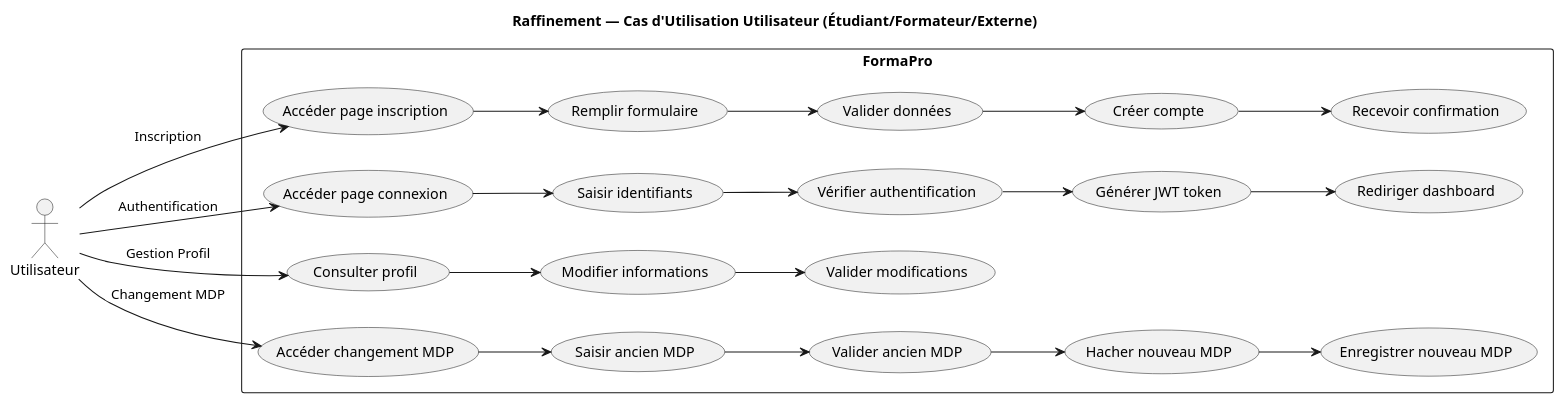
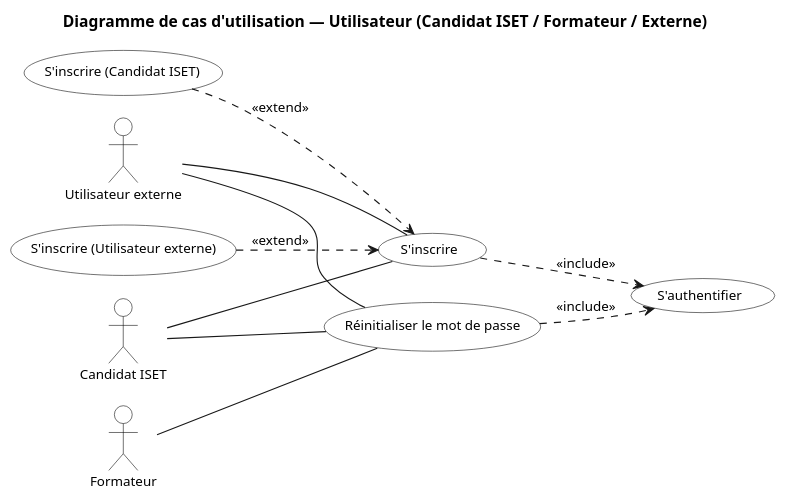
The diagram in Diagrammes_PlantUML/Sprint1_2_CasUtilisation_Utilisateur.puml (samiaaamara/projet_pfe), drawn with PlantUML before and after one commit. The commit also changed 172 other files, not shown here.

```diff
--- a/Diagrammes_PlantUML/Sprint1_2_CasUtilisation_Utilisateur.puml
+++ b/Diagrammes_PlantUML/Sprint1_2_CasUtilisation_Utilisateur.puml
@@ -1,56 +1,47 @@
 @startuml Sprint1_CasUtilisation_Utilisateur
-title Raffinement — Cas d'Utilisation Utilisateur (Étudiant/Formateur/Externe)
+title Diagramme de cas d'utilisation — Utilisateur (Candidat ISET / Formateur / Externe)
 
 left to right direction
-skinparam packageStyle rectangle
 
-actor Utilisateur
+scale 0.7
+skinparam dpi 150
+skinparam actorStyle default
+skinparam defaultFontName Arial
+skinparam defaultFontSize 12
+skinparam nodesep 20
+skinparam ranksep 25
 
-rectangle FormaPro {
-    usecase "Accéder page inscription" as UC1
-    usecase "Remplir formulaire" as UC2
-    usecase "Valider données" as UC3
-    usecase "Créer compte" as UC4
-    usecase "Recevoir confirmation" as UC5
-    
-    usecase "Accéder page connexion" as UC6
-    usecase "Saisir identifiants" as UC7
-    usecase "Vérifier authentification" as UC8
-    usecase "Générer JWT token" as UC9
-    usecase "Rediriger dashboard" as UC10
-    
-    usecase "Consulter profil" as UC11
-    usecase "Modifier informations" as UC12
-    usecase "Valider modifications" as UC13
-    
-    usecase "Accéder changement MDP" as UC14
-    usecase "Saisir ancien MDP" as UC14b
-    usecase "Valider ancien MDP" as UC14c
-    usecase "Hacher nouveau MDP" as UC14d
-    usecase "Enregistrer nouveau MDP" as UC14e
+skinparam usecase {
+    BackgroundColor White
+    BorderColor Black
+    FontColor Black
+}
+skinparam actor {
+    BackgroundColor White
+    BorderColor Black
+    FontColor Black
 }
 
-Utilisateur --> UC1 : Inscription
-Utilisateur --> UC6 : Authentification
-Utilisateur --> UC11 : Gestion Profil
-Utilisateur --> UC14 : Changement MDP
+actor "Candidat ISET" as CISET
+actor "Utilisateur externe" as EXT
+actor "Formateur" as F
 
-UC1 --> UC2
-UC2 --> UC3
-UC3 --> UC4
-UC4 --> UC5
+usecase "S'inscrire" as UC1
+usecase "S'inscrire (Candidat ISET)" as UC1_1
+usecase "S'inscrire (Utilisateur externe)" as UC1_2
+usecase "S'authentifier" as UC2
+usecase "Réinitialiser le mot de passe" as UC3
 
-UC6 --> UC7
-UC7 --> UC8
-UC8 --> UC9
-UC9 --> UC10
+CISET -- UC1
+EXT   -- UC1
+CISET -- UC3
+EXT   -- UC3
+F     -- UC3
 
-UC11 --> UC12
-UC12 --> UC13
+UC1 ..> UC2 : <<include>>
+UC3 ..> UC2 : <<include>>
 
-UC14 --> UC14b
-UC14b --> UC14c
-UC14c --> UC14d
-UC14d --> UC14e
+UC1_1 ..> UC1 : <<extend>>
+UC1_2 ..> UC1 : <<extend>>
 
 @enduml
```
